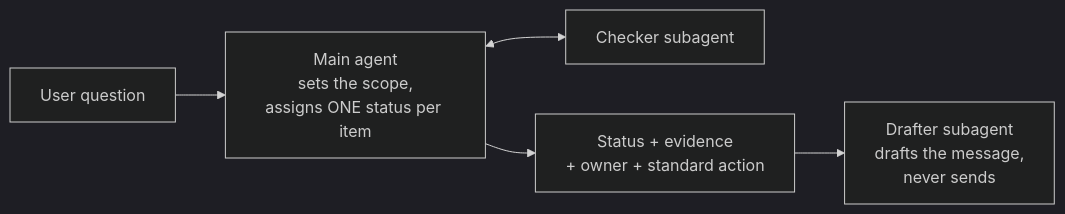
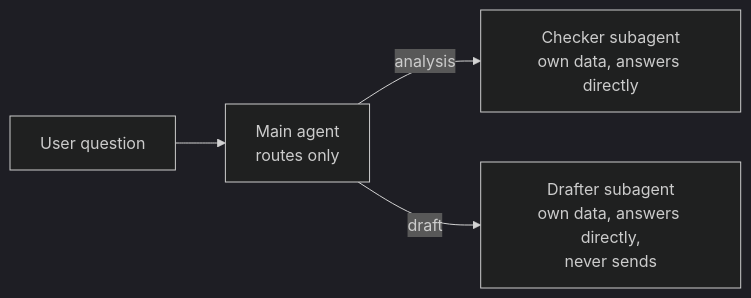
Before and after one commit to prachidevgaonkar/sap-bw-agents: the diagram in README.md, drawn with Mermaid (dark theme). The commit also changed other lines of this file and 12 other files, not shown here.

````diff
--- a/README.md
+++ b/README.md
@@ -14,7 +14,6 @@
 ```mermaid
 flowchart LR
-    Q["User question"] --> M["Main agent<br/>sets the scope,<br/>assigns ONE status per item"]
-    M <--> A["Checker subagent"]
-    M --> S["Status + evidence<br/>+ owner + standard action"]
-    S --> D["Drafter subagent<br/>drafts the message,<br/>never sends"]
+    Q["User question"] --> M["Main agent<br/>routes only"]
+    M -->|"analysis"| A["Checker subagent<br/>own data, answers directly"]
+    M -->|"draft"| D["Drafter subagent<br/>own data, answers directly,<br/>never sends"]
 ```
````
